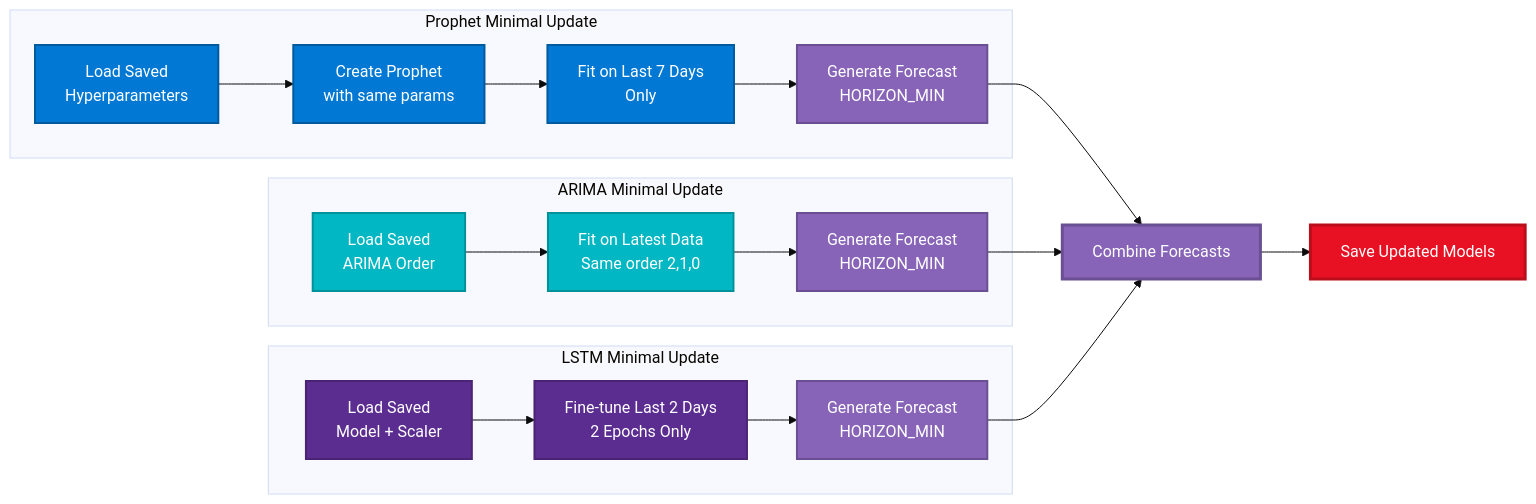
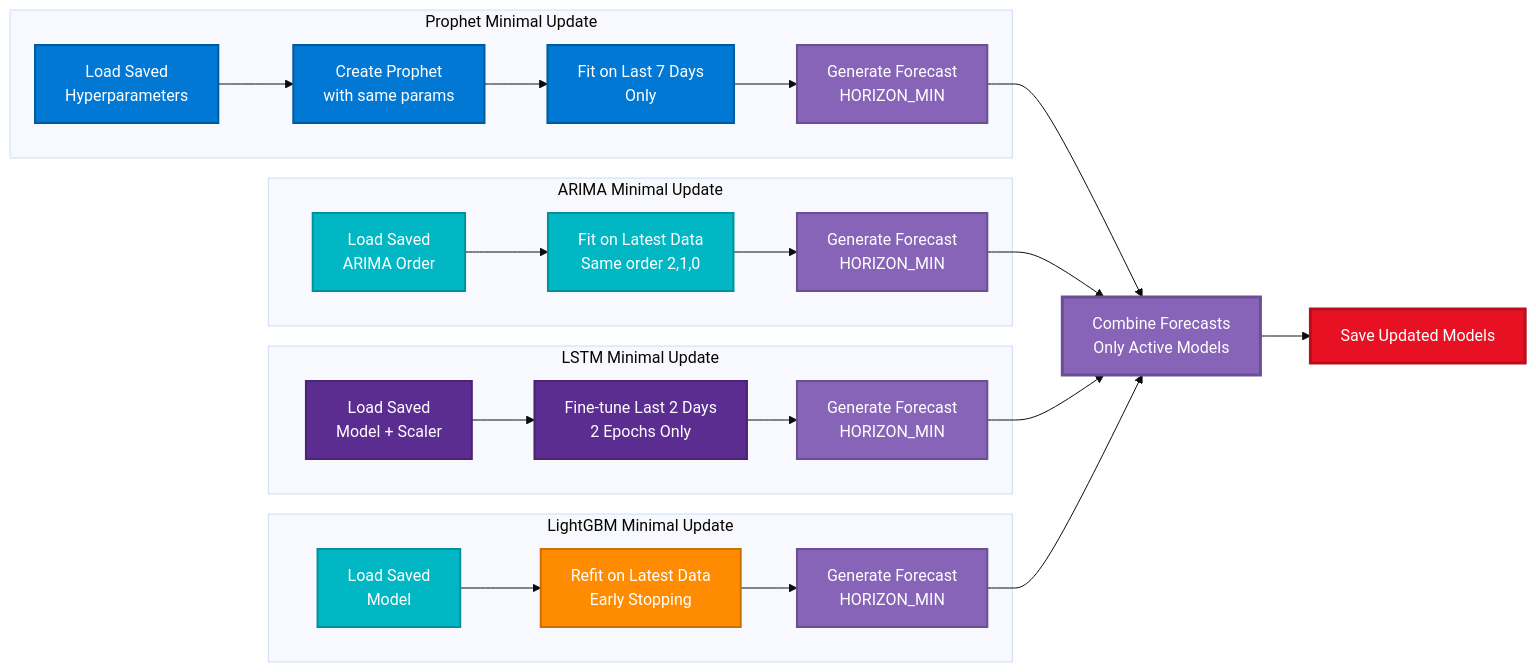
One commit to k8sautom8/metrics-ml changed the seventh of 11 diagrams in Docs/VISUAL_ARCHITECTURE_GUIDE.md. Above: the diagram before and after it, drawn with Mermaid (base theme). The commit also changed other lines of this file and 6 other files, not shown here.

````diff
--- a/Docs/VISUAL_ARCHITECTURE_GUIDE.md
+++ b/Docs/VISUAL_ARCHITECTURE_GUIDE.md
@@ -535,42 +574,49 @@
 ```mermaid
 flowchart LR
     subgraph "Prophet Minimal Update"
         P1[Load Saved<br/>Hyperparameters] --> P2[Create Prophet<br/>with same params]
         P2 --> P3[Fit on Last 7 Days<br/>Only]
         P3 --> P4[Generate Forecast<br/>HORIZON_MIN]
     end
     
     subgraph "ARIMA Minimal Update"
         A1[Load Saved<br/>ARIMA Order] --> A2[Fit on Latest Data<br/>Same order 2,1,0]
         A2 --> A3[Generate Forecast<br/>HORIZON_MIN]
     end
     
     subgraph "LSTM Minimal Update"
         L1[Load Saved<br/>Model + Scaler] --> L2[Fine-tune Last 2 Days<br/>2 Epochs Only]
         L2 --> L3[Generate Forecast<br/>HORIZON_MIN]
     end
     
-    P4 --> Ensemble[Combine Forecasts]
+    subgraph "LightGBM Minimal Update"
+        LG1[Load Saved<br/>Model] --> LG2[Refit on Latest Data<br/>Early Stopping]
+        LG2 --> LG3[Generate Forecast<br/>HORIZON_MIN]
+    end
+    
+    P4 --> Ensemble[Combine Forecasts<br/>Only Active Models]
     A3 --> Ensemble
     L3 --> Ensemble
+    LG3 --> Ensemble
     
     Ensemble --> Save[Save Updated Models]
     
     classDef load fill:#00B7C3,stroke:#00929A,stroke-width:2px,color:#fff
     classDef process fill:#FF8C00,stroke:#CC7000,stroke-width:2px,color:#fff
     classDef prophet fill:#0078D4,stroke:#005A9E,stroke-width:2px,color:#fff
     classDef arima fill:#00B7C3,stroke:#00929A,stroke-width:2px,color:#fff
     classDef lstm fill:#5C2D91,stroke:#4A2473,stroke-width:2px,color:#fff
     classDef forecast fill:#8764B8,stroke:#6B4F93,stroke-width:2px,color:#fff
     classDef ensemble fill:#8764B8,stroke:#6B4F93,stroke-width:3px,color:#fff
     classDef save fill:#E81123,stroke:#BA0E1C,stroke-width:3px,color:#fff
     
-    class P1,A1,L1 load
-    class P2,P3,A2,L2 process
+    class P1,A1,L1,LG1 load
+    class P2,P3,A2,L2,LG2 process
     class P1,P2,P3,P4 prophet
     class A1,A2,A3 arima
     class L1,L2,L3 lstm
-    class P4,A3,L3 forecast
+    class LG1,LG2,LG3 lightgbm
+    class P4,A3,L3,LG3 forecast
     class Ensemble ensemble
     class Save save
 ```
````
